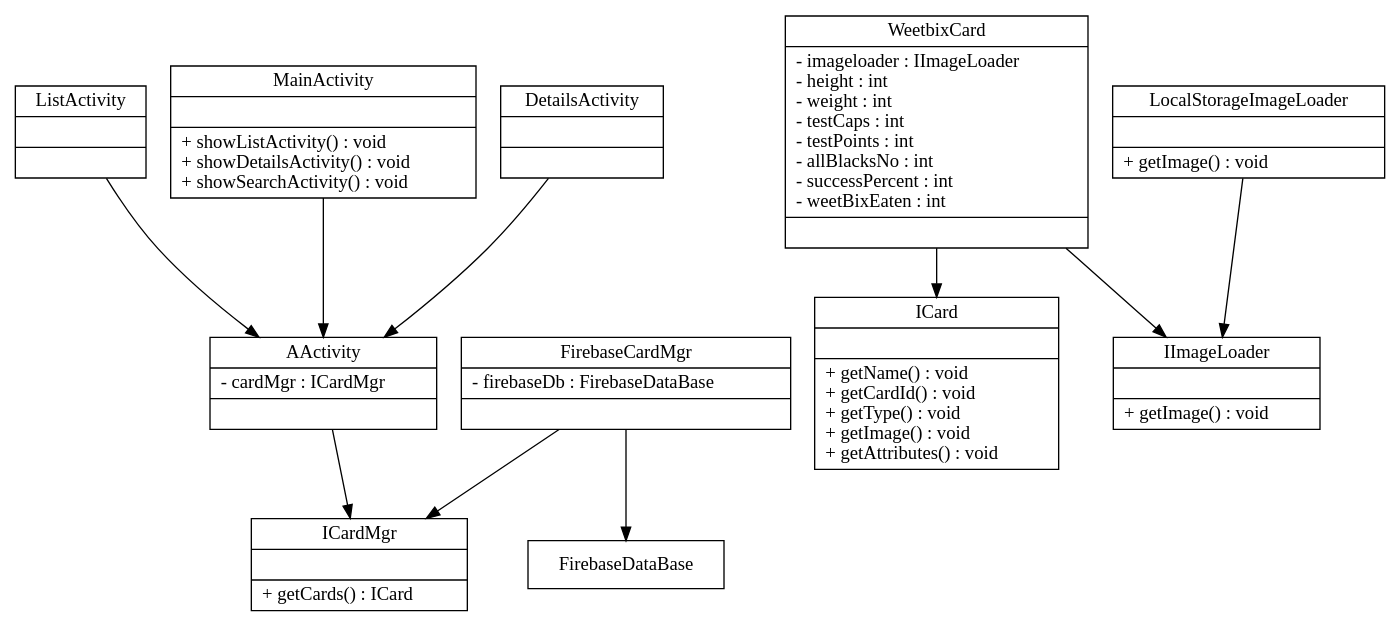
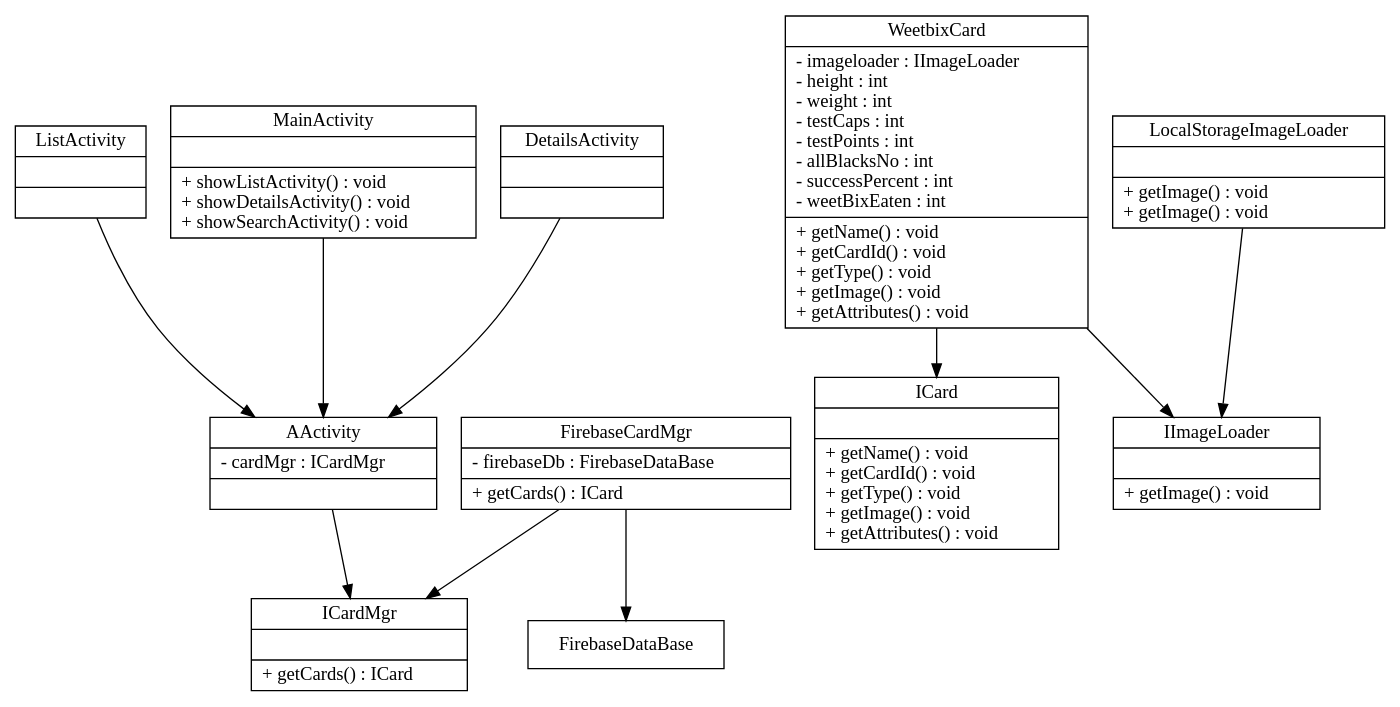
Before and after one commit to johnathan-coe/YouML: the diagram in e.dot, drawn with Graphviz. The commit also changed 2 other files, not shown here.

```diff
--- a/e.dot
+++ b/e.dot
@@ -1,42 +1,42 @@
 digraph G {
 node [ shape = "record" ]
 ListActivity [
 label = "{ListActivity||}"
 ]
 ListActivity -> AActivity
 MainActivity [
 label = "{MainActivity||+ showListActivity() : void\l+ showDetailsActivity() : void\l+ showSearchActivity() : void\l}"
 ]
 MainActivity -> AActivity
 ICardMgr [
 label = "{ICardMgr||+ getCards() : ICard\l}"
 ]
 DetailsActivity [
 label = "{DetailsActivity||}"
 ]
 DetailsActivity -> AActivity
 FirebaseCardMgr [
-label = "{FirebaseCardMgr|- firebaseDb : FirebaseDataBase\l|}"
+label = "{FirebaseCardMgr|- firebaseDb : FirebaseDataBase\l|+ getCards() : ICard\l}"
 ]
 FirebaseCardMgr -> ICardMgr
 FirebaseCardMgr -> FirebaseDataBase
 AActivity [
 label = "{AActivity|- cardMgr : ICardMgr\l|}"
 ]
 AActivity -> ICardMgr
 WeetbixCard [
-label = "{WeetbixCard|- imageloader : IImageLoader\l- height : int\l- weight : int\l- testCaps : int\l- testPoints : int\l- allBlacksNo : int\l- successPercent : int\l- weetBixEaten : int\l|}"
+label = "{WeetbixCard|- imageloader : IImageLoader\l- height : int\l- weight : int\l- testCaps : int\l- testPoints : int\l- allBlacksNo : int\l- successPercent : int\l- weetBixEaten : int\l|+ getName() : void\l+ getCardId() : void\l+ getType() : void\l+ getImage() : void\l+ getAttributes() : void\l}"
 ]
 WeetbixCard -> ICard
 WeetbixCard -> IImageLoader
 ICard [
 label = "{ICard||+ getName() : void\l+ getCardId() : void\l+ getType() : void\l+ getImage() : void\l+ getAttributes() : void\l}"
 ]
 LocalStorageImageLoader [
-label = "{LocalStorageImageLoader||+ getImage() : void\l}"
+label = "{LocalStorageImageLoader||+ getImage() : void\l+ getImage() : void\l}"
 ]
 LocalStorageImageLoader -> IImageLoader
 IImageLoader [
 label = "{IImageLoader||+ getImage() : void\l}"
 ]
 }
```
